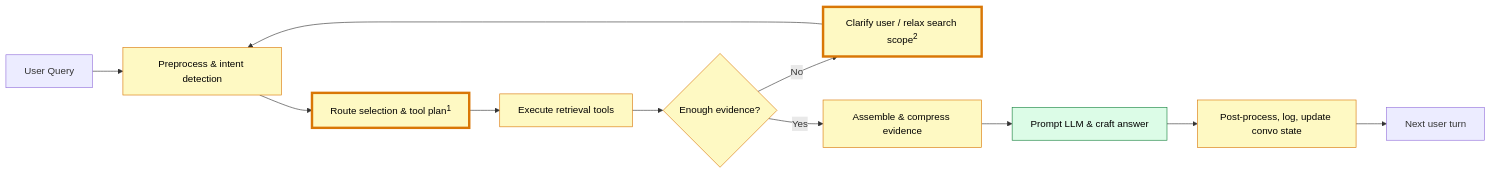
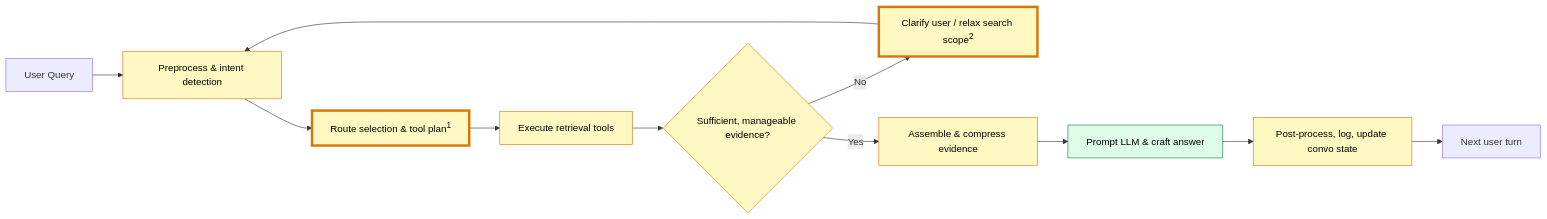
The first of 3 diagrams in docs/architecture/rag_workflow.md (nobody-qwert/zzz_rag_xxx), drawn with Mermaid before and after one commit. The commit also changed other lines of this file, not shown here.

````diff
--- a/docs/architecture/rag_workflow.md
+++ b/docs/architecture/rag_workflow.md
@@ -63,22 +65,22 @@
 ```mermaid
 flowchart LR
     UQ[User Query] --> PRE[Preprocess & intent detection]
     PRE --> ROUTE[Route selection & tool plan<sup>1</sup>]
     ROUTE --> EXEC[Execute retrieval tools]
-    EXEC --> EVAL{Enough evidence?}
+    EXEC --> EVAL{Sufficient, manageable evidence?}
     EVAL -->|No| CLARIFY[Clarify user / relax search scope<sup>2</sup>]
     CLARIFY --> PRE
     EVAL -->|Yes| BUNDLE[Assemble & compress evidence]
     BUNDLE --> PROMPT[Prompt LLM & craft answer]
     PROMPT --> POST[Post-process, log, update convo state]
     POST --> NEXT[Next user turn]
 
     style PRE fill:#fef9c3,stroke:#d97706,color:#000
     style ROUTE fill:#fef9c3,stroke:#d97706,color:#000,stroke-width:4px
     style EXEC fill:#fef9c3,stroke:#d97706,color:#000
     style EVAL fill:#fef9c3,stroke:#d97706,color:#000
     style CLARIFY fill:#fef9c3,stroke:#d97706,color:#000,stroke-width:4px
     style BUNDLE fill:#fef9c3,stroke:#d97706,color:#000
     style PROMPT fill:#dcfce7,stroke:#15803d,color:#000
     style POST fill:#fef9c3,stroke:#d97706,color:#000
 ```
````
